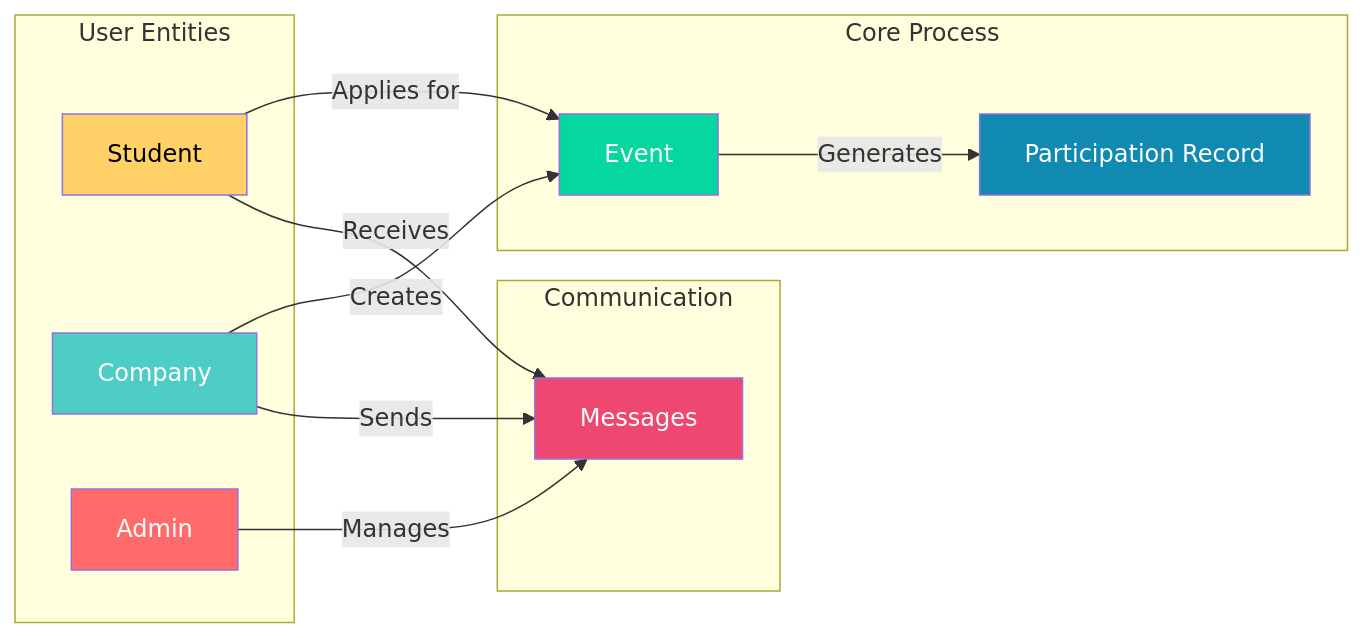
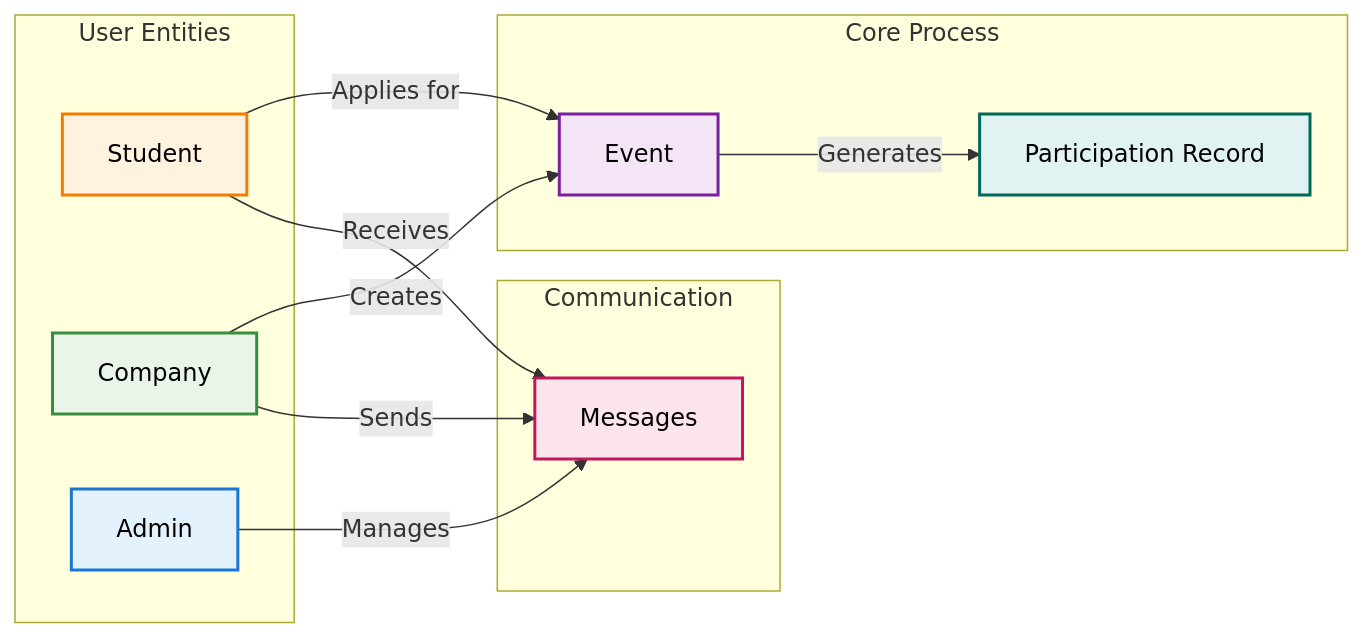
One commit to AbhishekGiri04/GEHU-Placement_Portal changed the second of 2 diagrams in README.md. Above: the diagram before and after it, drawn with Mermaid. The commit also changed other lines of this file and 17 other files, not shown here.

````diff
--- a/README.md
+++ b/README.md
@@ -288,27 +188,27 @@
 ```mermaid
 graph LR
     subgraph "User Entities"
         S[Student]
         C[Company]
         A[Admin]
     end
     
     subgraph "Core Process"
         S -->|Applies for| E[Event]
         C -->|Creates| E
         E -->|Generates| P[Participation Record]
     end
     
     subgraph "Communication"
         A -->|Manages| M[Messages]
         C -->|Sends| M
         S -->|Receives| M
     end
     
-    style S fill:#FFD166,color:black
-    style C fill:#4ECDC4,color:white
-    style A fill:#FF6B6B,color:white
-    style E fill:#06D6A0,color:white
-    style P fill:#118AB2,color:white
-    style M fill:#EF476F,color:white
+    style S fill:#FFF3E0,color:#000,stroke:#F57C00,stroke-width:2px
+    style C fill:#E8F5E8,color:#000,stroke:#388E3C,stroke-width:2px
+    style A fill:#E3F2FD,color:#000,stroke:#1976D2,stroke-width:2px
+    style E fill:#F3E5F5,color:#000,stroke:#7B1FA2,stroke-width:2px
+    style P fill:#E0F2F1,color:#000,stroke:#00695C,stroke-width:2px
+    style M fill:#FCE4EC,color:#000,stroke:#C2185B,stroke-width:2px
 ```
````
